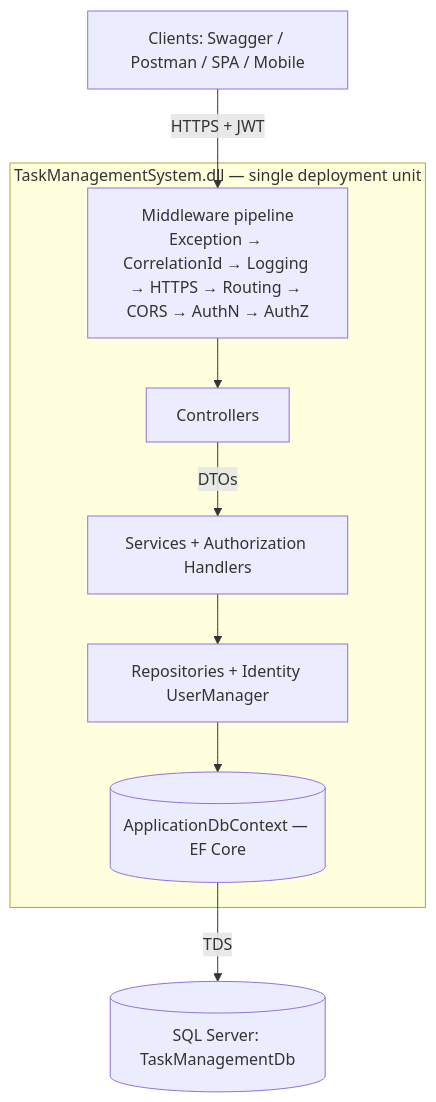
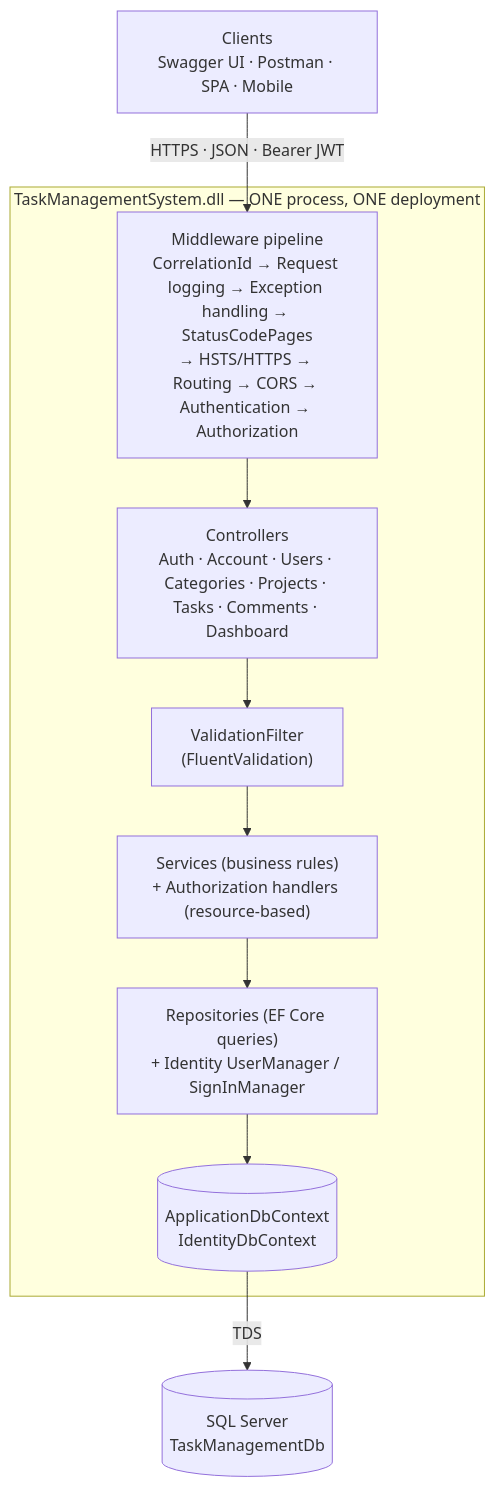
The first of 4 diagrams in README.md (gauravrawatlabs/01-MonolithicArchitecture-TaskManagementSystem), drawn with Mermaid before and after one commit. The commit also changed other lines of this file and 2 other files, not shown here.

````diff
--- a/README.md
+++ b/README.md
@@ -21,11 +50,20 @@
 ```mermaid
 flowchart TD
-    C[Clients: Swagger / Postman / SPA / Mobile] -->|HTTPS + JWT| MW
-    subgraph APP["TaskManagementSystem.dll — single deployment unit"]
-        MW["Middleware pipeline<br/>Exception → CorrelationId → Logging → HTTPS → Routing → CORS → AuthN → AuthZ"] --> CT[Controllers]
-        CT -->|DTOs| SV[Services + Authorization Handlers]
-        SV --> RP[Repositories + Identity UserManager]
-        RP --> DB[(ApplicationDbContext — EF Core)]
+    C["Clients<br/>Swagger UI · Postman · SPA · Mobile"] -->|"HTTPS · JSON · Bearer JWT"| MW
+
+    subgraph APP["TaskManagementSystem.dll — ONE process, ONE deployment"]
+        MW["Middleware pipeline<br/>CorrelationId → Request logging → Exception handling → StatusCodePages<br/>→ HSTS/HTTPS → Routing → CORS → Authentication → Authorization"]
+        CT["Controllers<br/>Auth · Account · Users · Categories · Projects · Tasks · Comments · Dashboard"]
+        VF["ValidationFilter<br/>(FluentValidation)"]
+        SV["Services (business rules)<br/>+ Authorization handlers (resource-based)"]
+        RP["Repositories (EF Core queries)<br/>+ Identity UserManager / SignInManager"]
+        DB[("ApplicationDbContext<br/>IdentityDbContext")]
+        MW --> CT
+        CT --> VF
+        VF --> SV
+        SV --> RP
+        RP --> DB
     end
-    DB -->|TDS| SQL[(SQL Server: TaskManagementDb)]
+
+    DB -->|TDS| SQL[("SQL Server<br/>TaskManagementDb")]
 ```
````
